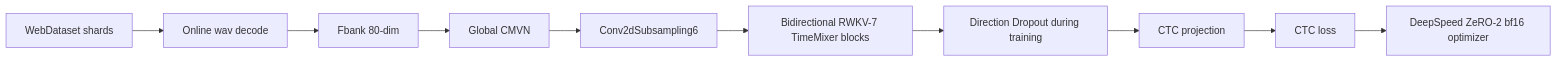
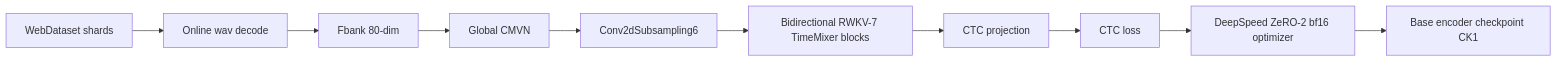
One commit to yynil/rwkvasr_longform_asr changed the fourth of 9 diagrams in README.md. Above: the diagram before and after it, drawn with Mermaid. The commit also changed other lines of this file, not shown here.

First line of the commit message:
docs: update README to match new ConvRWKV-CTC/RWKV architecture diagram

````diff
--- a/README.md
+++ b/README.md
@@ -99,12 +129,12 @@
 ```mermaid
 flowchart LR
     A[WebDataset shards] --> B[Online wav decode]
     B --> C[Fbank 80-dim]
     C --> D[Global CMVN]
     D --> E[Conv2dSubsampling6]
     E --> F[Bidirectional RWKV-7 TimeMixer blocks]
-    F --> G[Direction Dropout during training]
-    G --> H[CTC projection]
-    H --> I[CTC loss]
-    I --> J[DeepSpeed ZeRO-2 bf16 optimizer]
+    F --> G[CTC projection]
+    G --> H[CTC loss]
+    H --> I[DeepSpeed ZeRO-2 bf16 optimizer]
+    I --> J[Base encoder checkpoint CK1]
 ```
````
